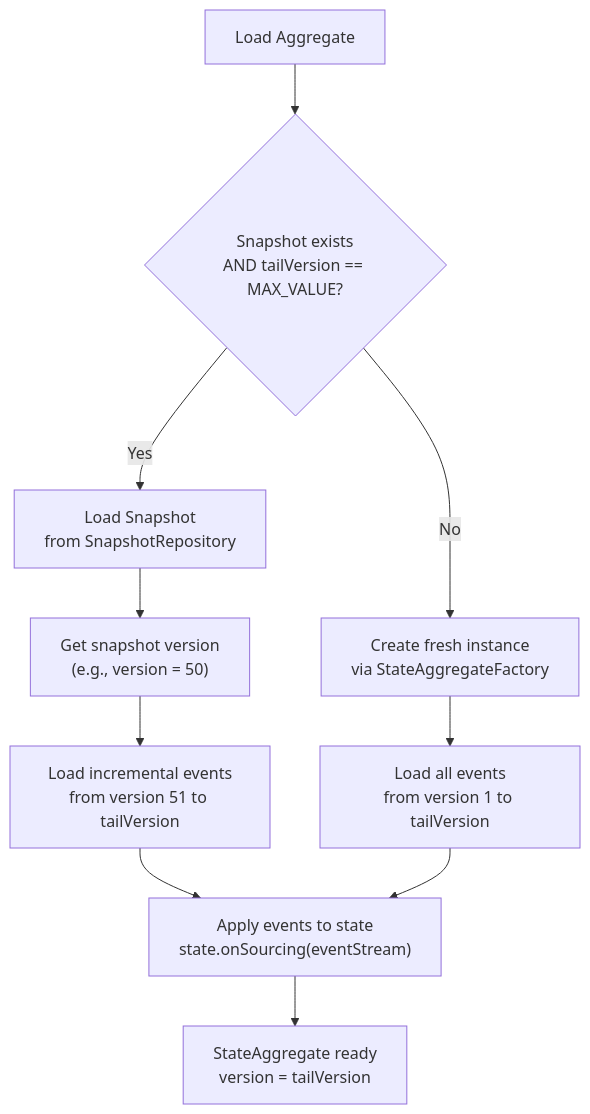
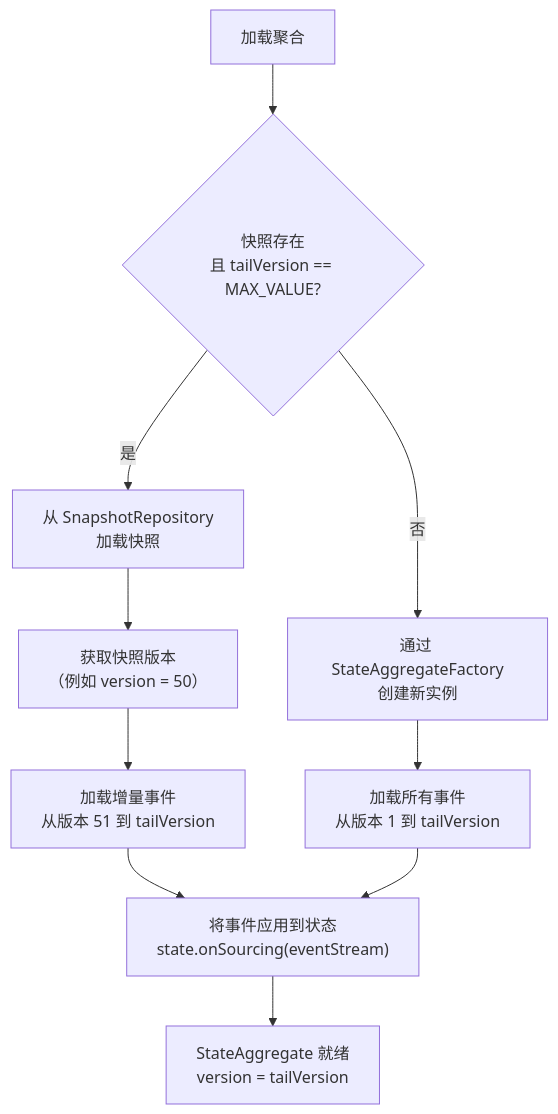
One commit to Ahoo-Wang/Wow changed the fourth of 4 diagrams in documentation/docs/zh/guide/advanced/aggregate-lifecycle.md. Above: the diagram before and after it, drawn with Mermaid. The commit also changed other lines of this file and 11 other files, not shown here.

````diff
--- a/documentation/docs/zh/guide/advanced/aggregate-lifecycle.md
+++ b/documentation/docs/zh/guide/advanced/aggregate-lifecycle.md
@@ -431,13 +431,13 @@
 ```mermaid
 flowchart TD
-    A["Load Aggregate"] --> B{"Snapshot exists<br>AND tailVersion == MAX_VALUE?"}
-    B -->|"Yes"| C["Load Snapshot<br>from SnapshotRepository"]
-    B -->|"No"| D["Create fresh instance<br>via StateAggregateFactory"]
-    C --> E["Get snapshot version<br>(e.g., version = 50)"]
-    E --> F["Load incremental events<br>from version 51 to tailVersion"]
-    D --> G["Load all events<br>from version 1 to tailVersion"]
-    F --> H["Apply events to state<br>state.onSourcing(eventStream)"]
+    A["加载聚合"] --> B{"快照存在<br>且 tailVersion == MAX_VALUE?"}
+    B -->|"是"| C["从 SnapshotRepository<br>加载快照"]
+    B -->|"否"| D["通过 StateAggregateFactory<br>创建新实例"]
+    C --> E["获取快照版本<br>（例如 version = 50）"]
+    E --> F["加载增量事件<br>从版本 51 到 tailVersion"]
+    D --> G["加载所有事件<br>从版本 1 到 tailVersion"]
+    F --> H["将事件应用到状态<br>state.onSourcing(eventStream)"]
     G --> H
-    H --> I["StateAggregate ready<br>version = tailVersion"]
+    H --> I["StateAggregate 就绪<br>version = tailVersion"]
 
 ```
````
